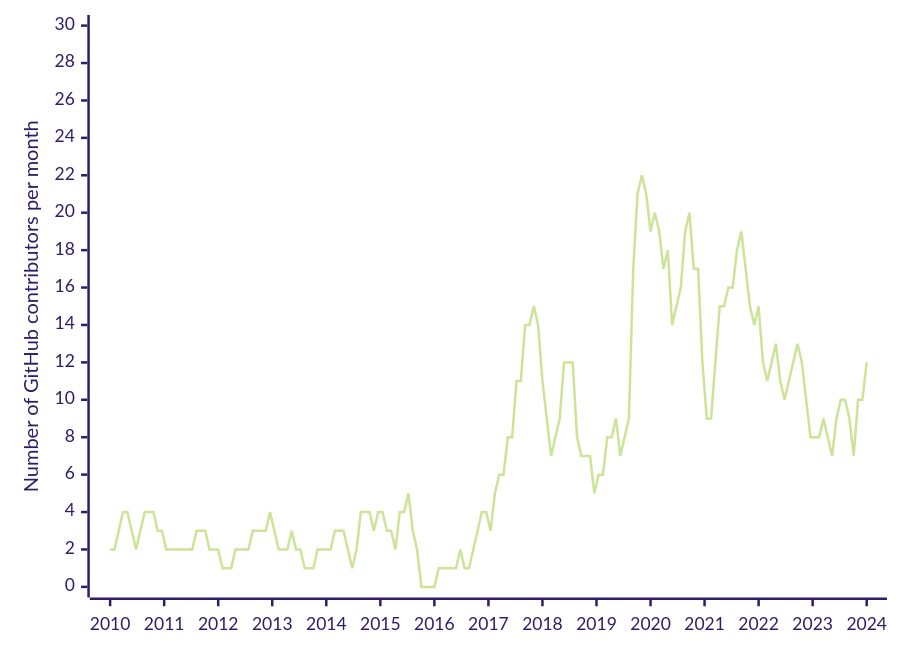
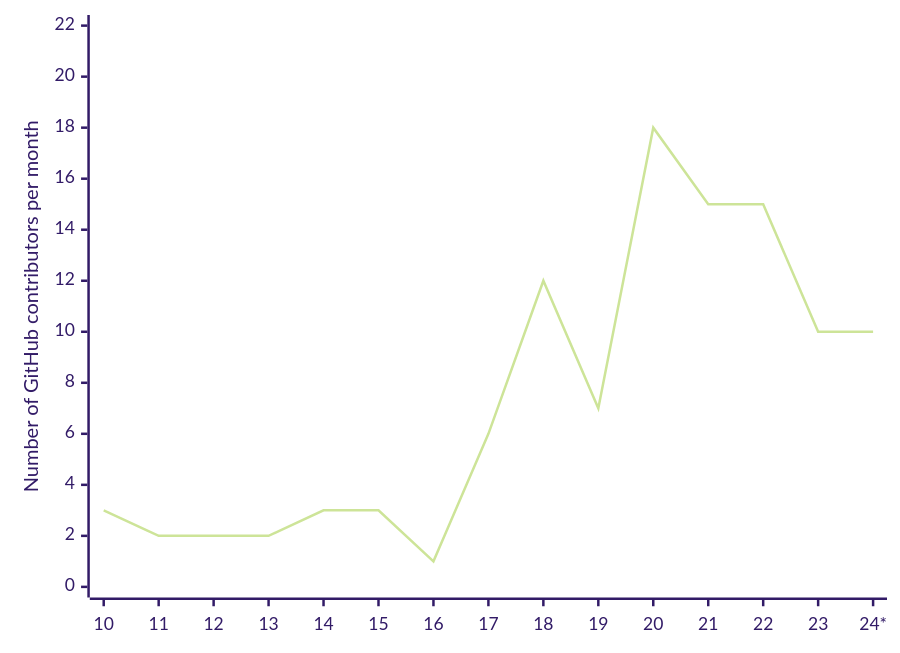
Before and after one commit to OpenRefine/openrefine.org: the third of 3 diagrams in src/pages/usage.md, drawn with Mermaid. The commit also changed other lines of this file, not shown here.

````diff
--- a/src/pages/usage.md
+++ b/src/pages/usage.md
@@ -69,7 +71,7 @@
 ```mermaid 
 %%{init: {'theme':'forest'}}%%
 xychart-beta 
-    x-axis   2010 --> 2024
-    y-axis "Number of GitHub contributors per month" 0 --> 30 
-    line [2,2,3,4,4,3,2,3,4,4,4,3,3,2,2,2,2,2,2,2,3,3,3,2,2,2,1,1,1,2,2,2,2,3,3,3,3,4,3,2,2,2,3,2,2,1,1,1,2,2,2,2,3,3,3,2,1,2,4,4,4,3,4,4,3,3,2,4,4,5,3,2,0,0,0,0,1,1,1,1,1,2,1,1,2,3,4,4,3,5,6,6,8,8,11,11,14,14,15,14,11,9,7,8,9,12,12,12,8,7,7,7,5,6,6,8,8,9,7,8,9,17,21,22,21,19,20,19,17,18,14,15,16,19,20,17,17,12,9,9,12,15,15,16,16,18,19,17,15,14,15,12,11,12,13,11,10,11,12,13,12,10,8,8,8,9,8,7,9,10,10,9,7,10,10,12]
+    x-axis   [10,11,12,13,14,15,16,17,18,19,20,21,22,23,24*]
+    y-axis "Number of GitHub contributors per month" 0 --> 22
+    line [3,2,2,2,3,3,1,6,12,7,18,15,15,10,10]
 ```
````
